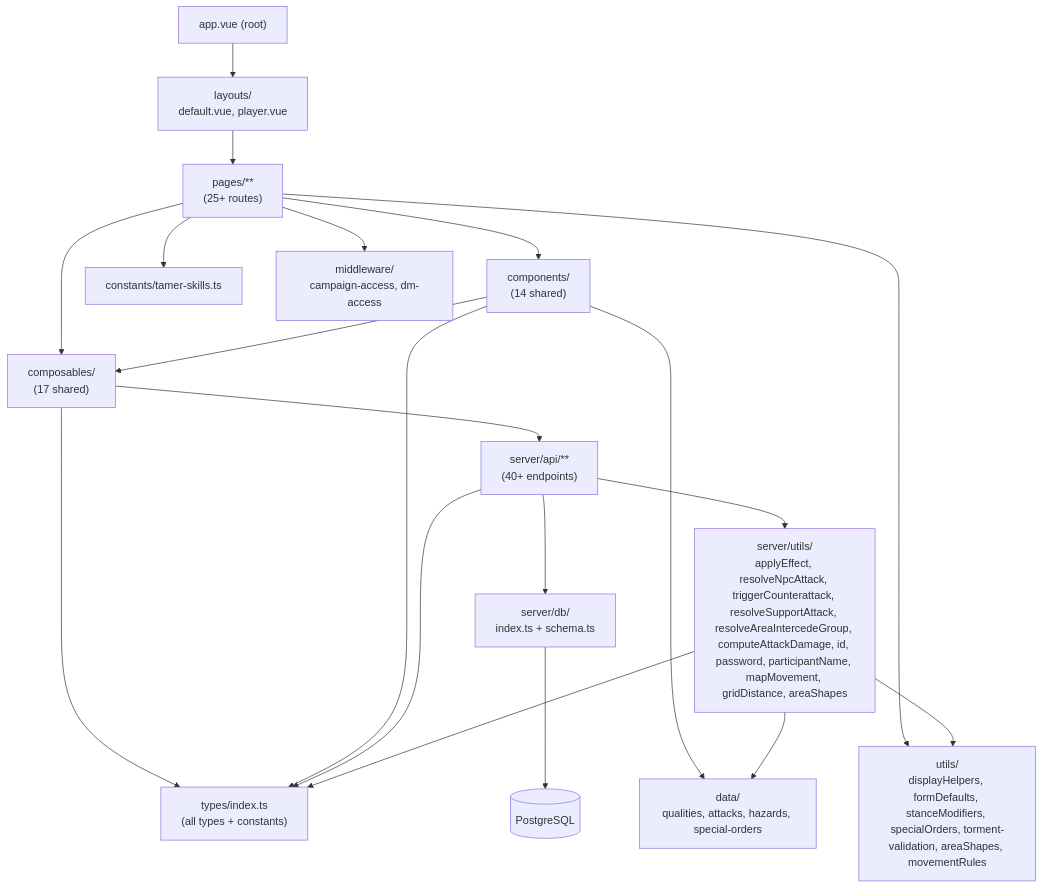
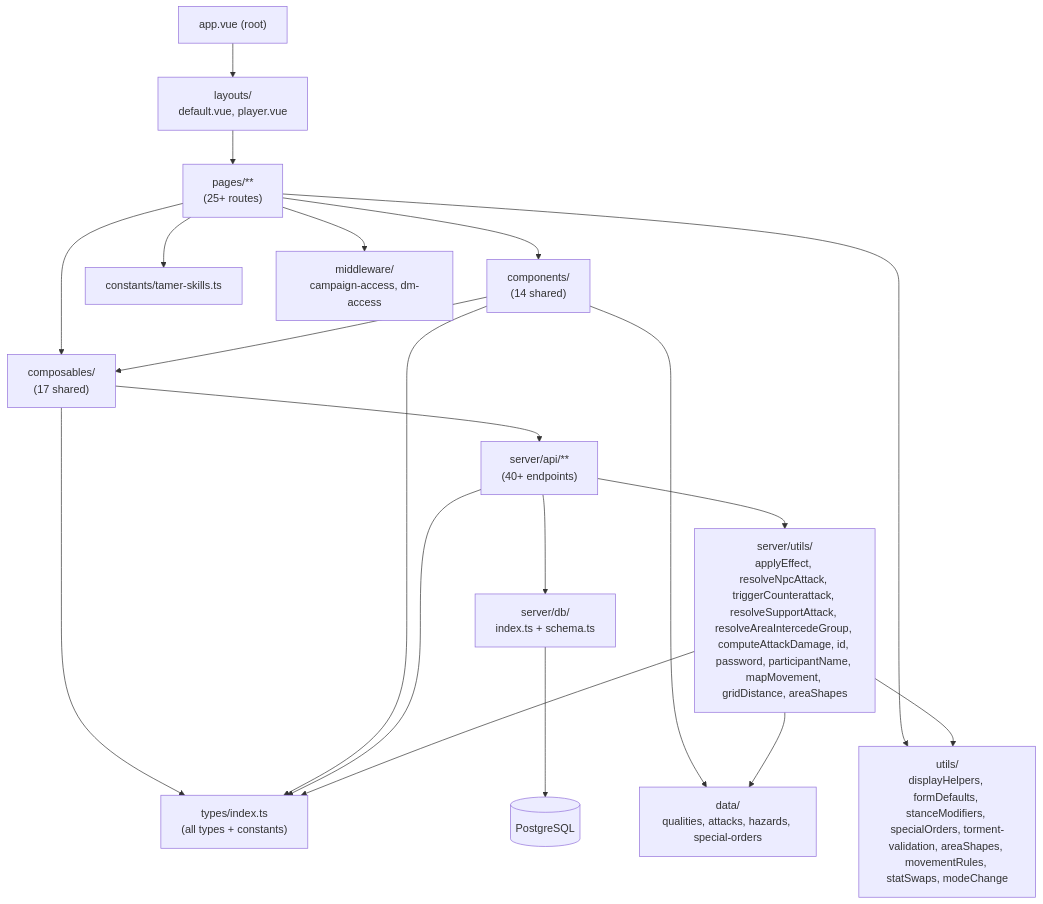
One commit to Eddy-Above/DDA-Tactics changed the diagram in PROJECT_MAP.md. Above: the diagram before and after it, drawn with Mermaid. The commit also changed other lines of this file and 10 other files, not shown here.

First line of the commit message:
fix: Mode Change stat swaps now affect combat rolls, fix X.0 Rank 1 bug, add free-swap rule and player UI

````diff
--- a/PROJECT_MAP.md
+++ b/PROJECT_MAP.md
@@ -532,36 +533,36 @@
 ```mermaid
 flowchart TD
     App["app.vue (root)"]
     Layouts["layouts/\ndefault.vue, player.vue"]
     Pages["pages/**\n(25+ routes)"]
     Components["components/\n(14 shared)"]
     Composables["composables/\n(17 shared)"]
     Types["types/index.ts\n(all types + constants)"]
     Data["data/\nqualities, attacks, hazards, special-orders"]
-    Utils["utils/\ndisplayHelpers, formDefaults, stanceModifiers, specialOrders, torment-validation, areaShapes, movementRules"]
+    Utils["utils/\ndisplayHelpers, formDefaults, stanceModifiers, specialOrders, torment-validation, areaShapes, movementRules, statSwaps, modeChange"]
     Constants["constants/tamer-skills.ts"]
     Middleware["middleware/\ncampaign-access, dm-access"]
     ServerAPI["server/api/**\n(40+ endpoints)"]
     ServerUtils["server/utils/\napplyEffect, resolveNpcAttack, triggerCounterattack, resolveSupportAttack, resolveAreaIntercedeGroup, computeAttackDamage, id, password, participantName, mapMovement, gridDistance, areaShapes"]
     DB["server/db/\nindex.ts + schema.ts"]
     Postgres[("PostgreSQL")]
 
     App --> Layouts --> Pages
     Pages --> Components
     Pages --> Composables
     Components --> Composables
     Composables --> Types
     Composables --> ServerAPI
     Components --> Types
     Components --> Data
     Pages --> Middleware
     Pages --> Utils
     Pages --> Constants
     ServerAPI --> DB
     ServerAPI --> ServerUtils
     ServerAPI --> Types
     ServerUtils --> Types
     ServerUtils --> Data
     ServerUtils --> Utils
     DB --> Postgres
 ```
````
